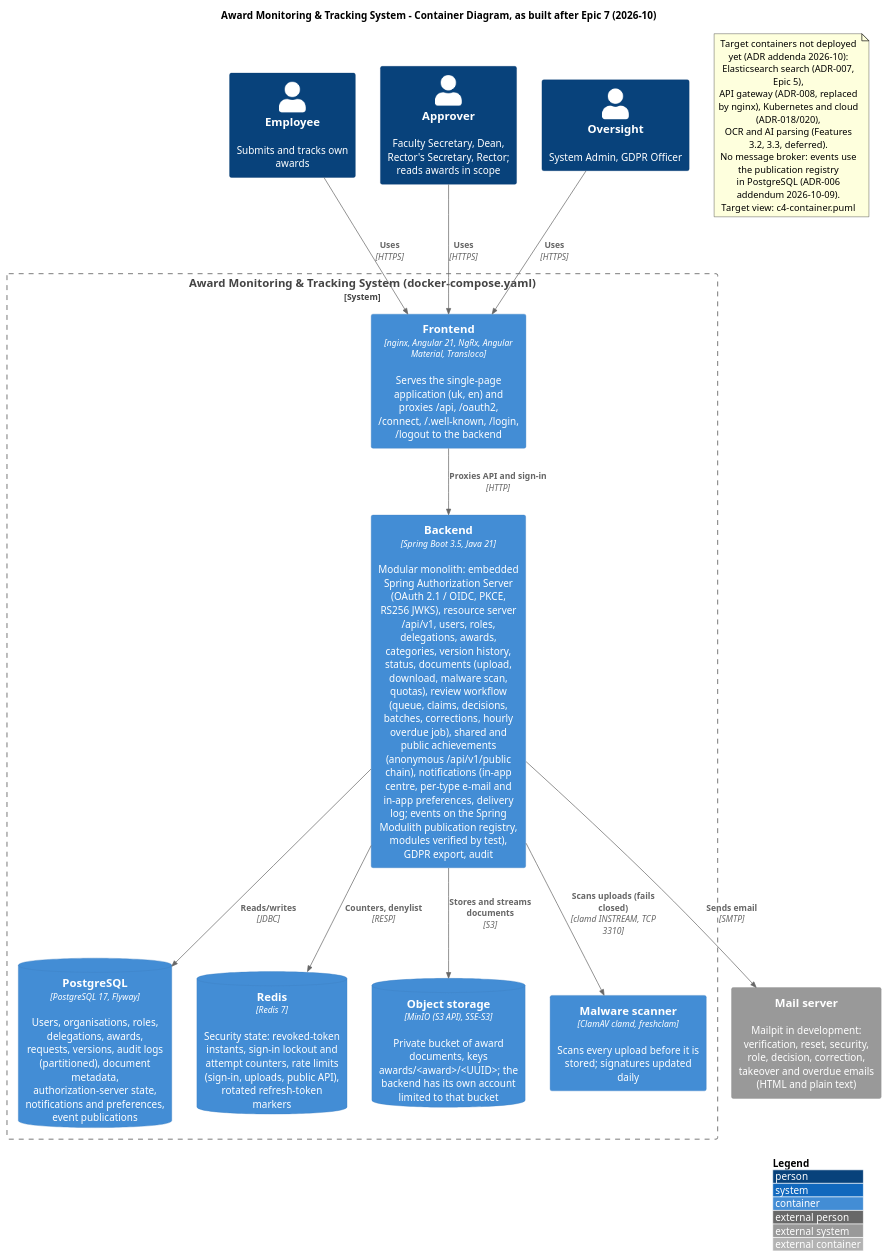
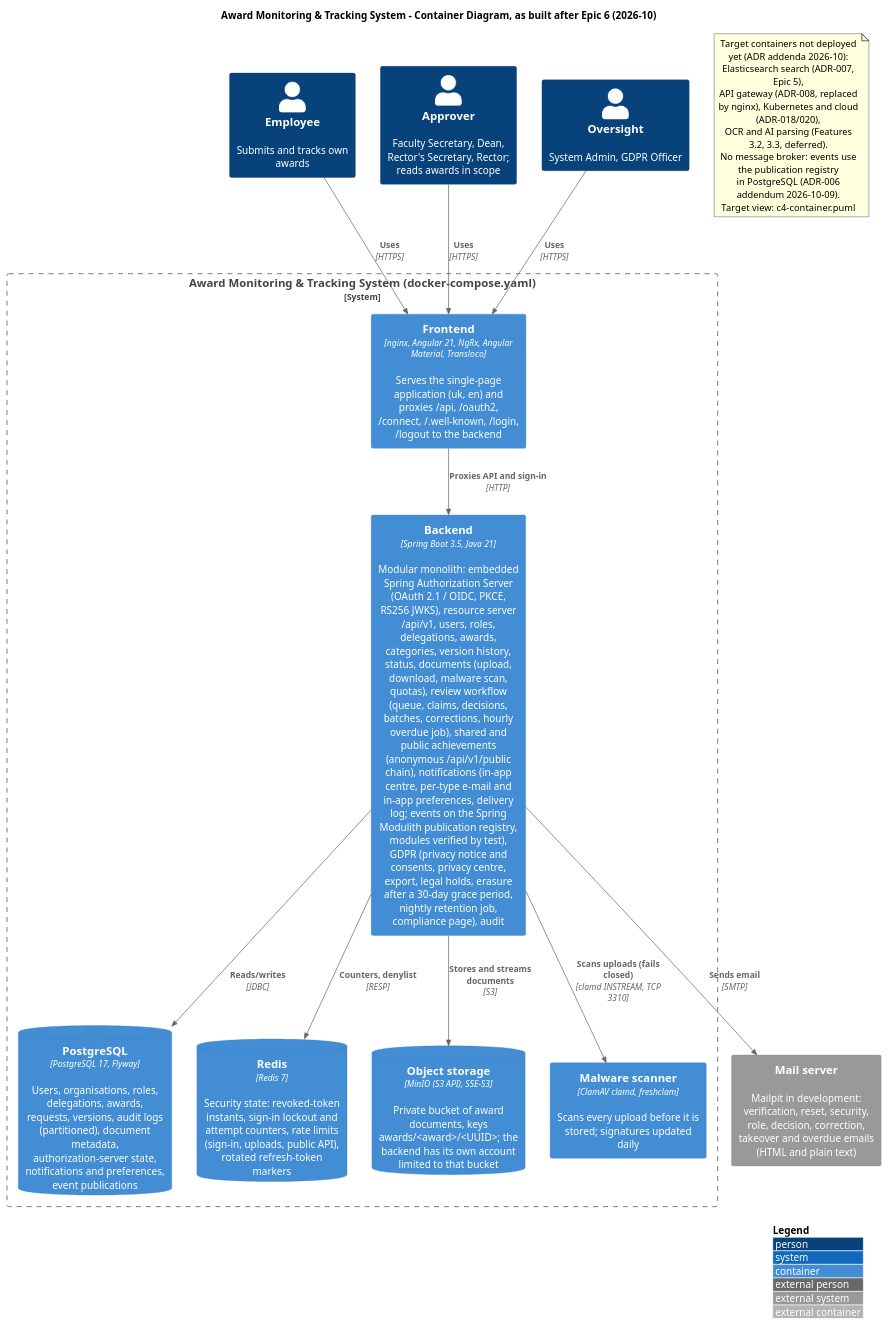
The diagram in docs/diagrams/c4-container-as-built.puml (StKostyk/award-monitoring-system), drawn with PlantUML before and after one commit. The commit also changed 26 other files, not shown here.

First line of the commit message:
docs(epic-06): synchronise documents, diagrams and Ukrainian copies with the shipped code

```diff
--- a/docs/diagrams/c4-container-as-built.puml
+++ b/docs/diagrams/c4-container-as-built.puml
@@ -1,47 +1,47 @@
 @startuml C4_Container_As_Built
 !include https://raw.githubusercontent.com/plantuml-stdlib/C4-PlantUML/master/C4_Container.puml
 
-title Award Monitoring & Tracking System - Container Diagram, as built after Epic 7 (2026-10)
+title Award Monitoring & Tracking System - Container Diagram, as built after Epic 6 (2026-10)
 
 LAYOUT_WITH_LEGEND()
 
 Person(employee, "Employee", "Submits and tracks own awards")
 Person(reviewer, "Approver", "Faculty Secretary, Dean, Rector's Secretary, Rector; reads awards in scope")
 Person(admin, "Oversight", "System Admin, GDPR Officer")
 
 System_Boundary(award_system, "Award Monitoring & Tracking System (docker-compose.yaml)") {
 
     Container(frontend, "Frontend", "nginx, Angular 21, NgRx, Angular Material, Transloco", "Serves the single-page application (uk, en) and proxies /api, /oauth2, /connect, /.well-known, /login, /logout to the backend")
 
-    Container(backend, "Backend", "Spring Boot 3.5, Java 21", "Modular monolith: embedded Spring Authorization Server (OAuth 2.1 / OIDC, PKCE, RS256 JWKS), resource server /api/v1, users, roles, delegations, awards, categories, version history, status, documents (upload, download, malware scan, quotas), review workflow (queue, claims, decisions, batches, corrections, hourly overdue job), shared and public achievements (anonymous /api/v1/public chain), notifications (in-app centre, per-type e-mail and in-app preferences, delivery log; events on the Spring Modulith publication registry, modules verified by test), GDPR export, audit")
+    Container(backend, "Backend", "Spring Boot 3.5, Java 21", "Modular monolith: embedded Spring Authorization Server (OAuth 2.1 / OIDC, PKCE, RS256 JWKS), resource server /api/v1, users, roles, delegations, awards, categories, version history, status, documents (upload, download, malware scan, quotas), review workflow (queue, claims, decisions, batches, corrections, hourly overdue job), shared and public achievements (anonymous /api/v1/public chain), notifications (in-app centre, per-type e-mail and in-app preferences, delivery log; events on the Spring Modulith publication registry, modules verified by test), GDPR (privacy notice and consents, privacy centre, export, legal holds, erasure after a 30-day grace period, nightly retention job, compliance page), audit")
 
     ContainerDb(postgres, "PostgreSQL", "PostgreSQL 17, Flyway", "Users, organisations, roles, delegations, awards, requests, versions, audit logs (partitioned), document metadata, authorization-server state, notifications and preferences, event publications")
     ContainerDb(redis, "Redis", "Redis 7", "Security state: revoked-token instants, sign-in lockout and attempt counters, rate limits (sign-in, uploads, public API), rotated refresh-token markers")
     ContainerDb(minio, "Object storage", "MinIO (S3 API), SSE-S3", "Private bucket of award documents, keys awards/<award>/<UUID>; the backend has its own account limited to that bucket")
     Container(clamav, "Malware scanner", "ClamAV clamd, freshclam", "Scans every upload before it is stored; signatures updated daily")
 }
 
 System_Ext(smtp, "Mail server", "Mailpit in development: verification, reset, security, role, decision, correction, takeover and overdue emails (HTML and plain text)")
 
 Rel(employee, frontend, "Uses", "HTTPS")
 Rel(reviewer, frontend, "Uses", "HTTPS")
 Rel(admin, frontend, "Uses", "HTTPS")
 Rel(frontend, backend, "Proxies API and sign-in", "HTTP")
 Rel(backend, postgres, "Reads/writes", "JDBC")
 Rel(backend, redis, "Counters, denylist", "RESP")
 Rel(backend, smtp, "Sends email", "SMTP")
 Rel_D(backend, minio, "Stores and streams documents", "S3")
 Rel_D(backend, clamav, "Scans uploads (fails closed)", "clamd INSTREAM, TCP 3310")
 
 
 note as Planned
   Target containers not deployed yet (ADR addenda 2026-10):
   Elasticsearch search (ADR-007, Epic 5),
   API gateway (ADR-008, replaced by nginx), Kubernetes and cloud (ADR-018/020),
   OCR and AI parsing (Features 3.2, 3.3, deferred).
   No message broker: events use the publication registry
   in PostgreSQL (ADR-006 addendum 2026-10-09).
   Target view: c4-container.puml
 end note
 
 @enduml
```
